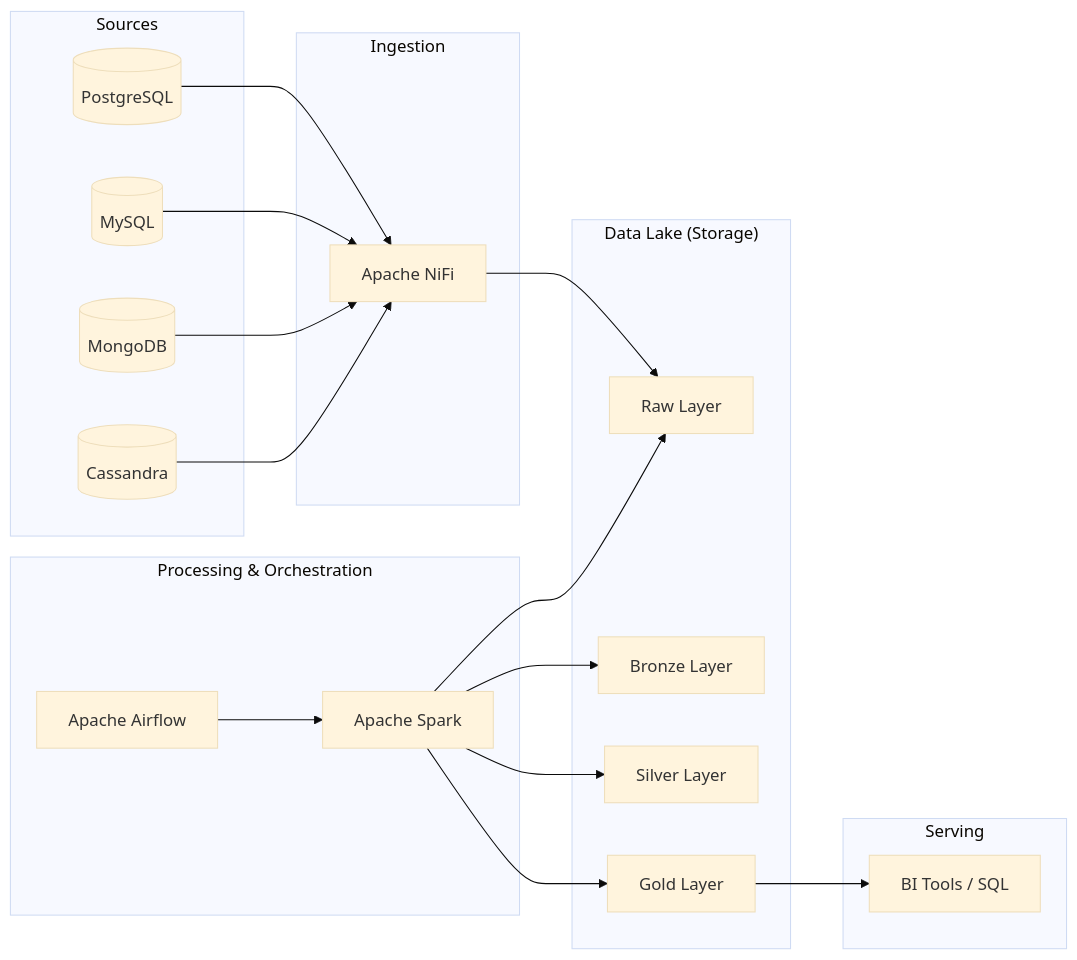
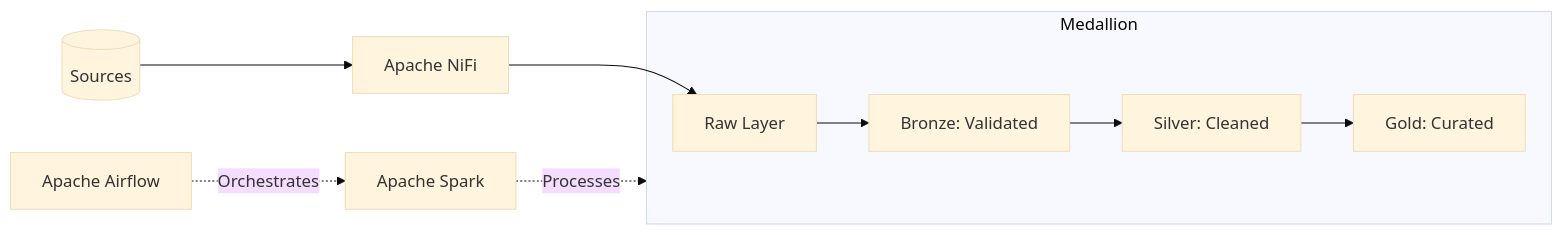
One commit to lcaladoferreira-create/enterprise-data-engineering-platform changed the diagram in README.md. Above: the diagram before and after it, drawn with Mermaid (base theme). The commit also changed other lines of this file and 43 other files, not shown here.

````diff
--- a/README.md
+++ b/README.md
@@ -20,38 +14,12 @@
 ```mermaid
 graph LR
-    subgraph Sources
-        PG[(PostgreSQL)]
-        MY[(MySQL)]
-        MG[(MongoDB)]
-        CS[(Cassandra)]
+    Sources[(Sources)] --> NiFi[Apache NiFi]
+    NiFi --> Raw[Raw Layer]
+    subgraph Medallion
+        Raw --> Bronze[Bronze: Validated]
+        Bronze --> Silver[Silver: Cleaned]
+        Silver --> Gold[Gold: Curated]
     end
-
-    subgraph Ingestion
-        NiFi[Apache NiFi]
-    end
-
-    subgraph "Data Lake (Storage)"
-        Raw[Raw Layer]
-        Bronze[Bronze Layer]
-        Silver[Silver Layer]
-        Gold[Gold Layer]
-    end
-
-    subgraph "Processing & Orchestration"
-        Airflow[Apache Airflow]
-        Spark[Apache Spark]
-    end
-
-    subgraph Serving
-        BI[BI Tools / SQL]
-    end
-
-    PG & MY & MG & CS --> NiFi
-    NiFi --> Raw
-    Airflow --> Spark
-    Spark --> Raw
-    Spark --> Bronze
-    Spark --> Silver
-    Spark --> Gold
-    Gold --> BI
+    Airflow[Apache Airflow] -. Orchestrates .-> Spark[Apache Spark]
+    Spark -. Processes .-> Medallion
 ```
````
